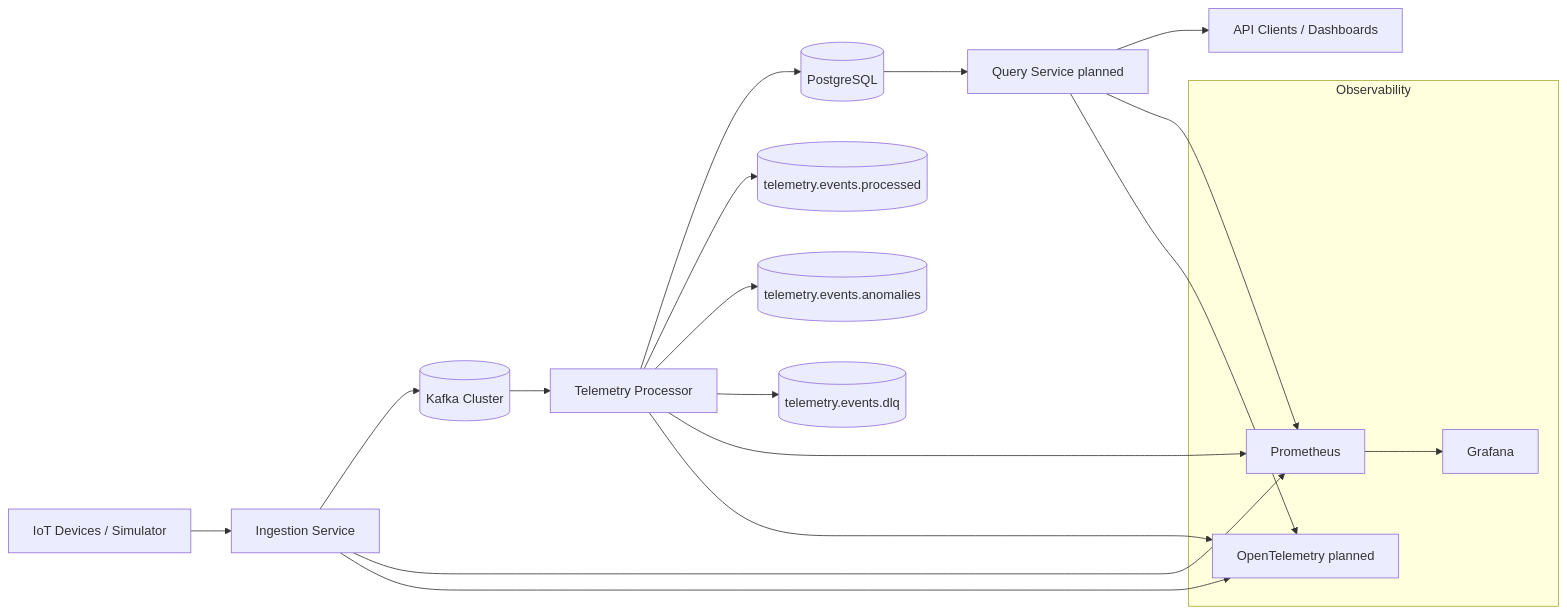
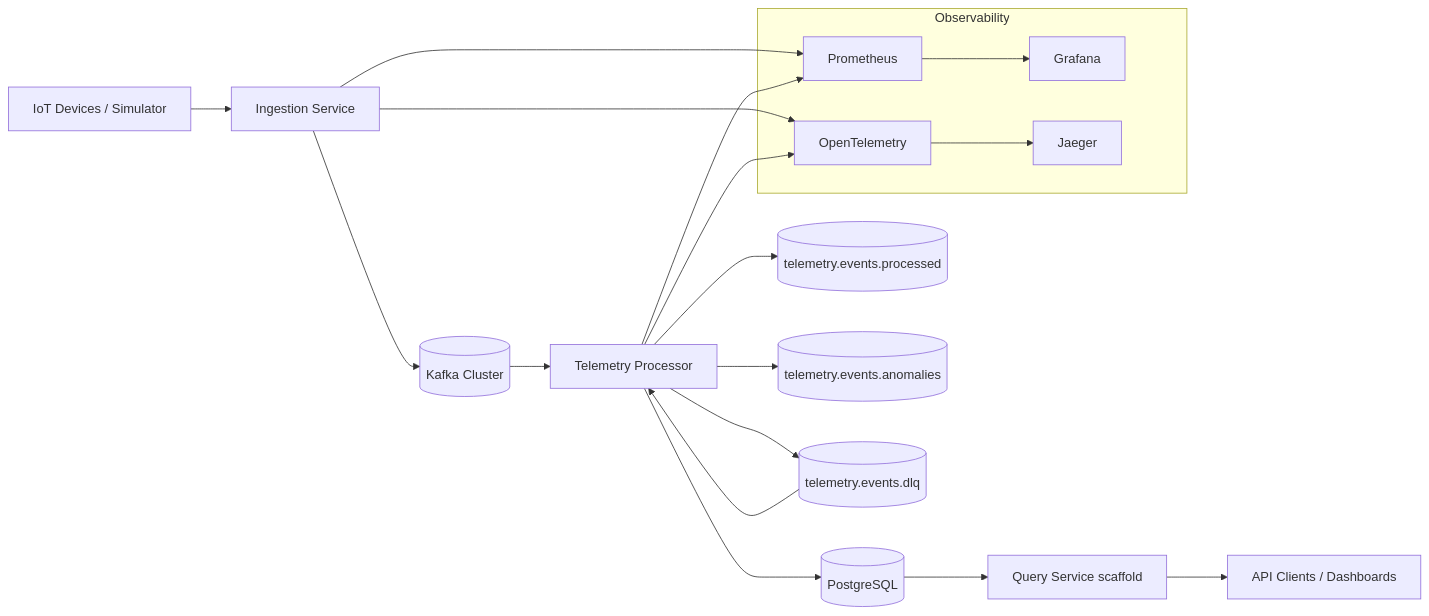
Before and after one commit to ME-Massine/pulsestream: the diagram in README.md, drawn with Mermaid. The commit also changed other lines of this file and 12 other files, not shown here.

Commit message:
docs: synchronize roadmap, project state, and diagrams for Phase 7 (#261)

````diff
--- a/README.md
+++ b/README.md
@@ -23,30 +25,31 @@
 ```mermaid
 flowchart LR
     A[IoT Devices / Simulator] --> B[Ingestion Service]
     B --> C[(Kafka Cluster)]
 
     C --> D[Telemetry Processor]
     D --> E[(PostgreSQL)]
-    E --> F[Query Service planned]
+    E --> F[Query Service scaffold]
     F --> G[API Clients / Dashboards]
 
     D --> H[(telemetry.events.processed)]
     D --> I[(telemetry.events.anomalies)]
     D --> J[(telemetry.events.dlq)]
+    J --> D
 
     subgraph Observability
         K[Prometheus]
         L[Grafana]
-        M[OpenTelemetry planned]
+        M[OpenTelemetry]
+        N[Jaeger]
     end
 
     B --> K
     D --> K
-    F --> K
 
     B --> M
     D --> M
-    F --> M
 
     K --> L
+    M --> N
 ```
````
